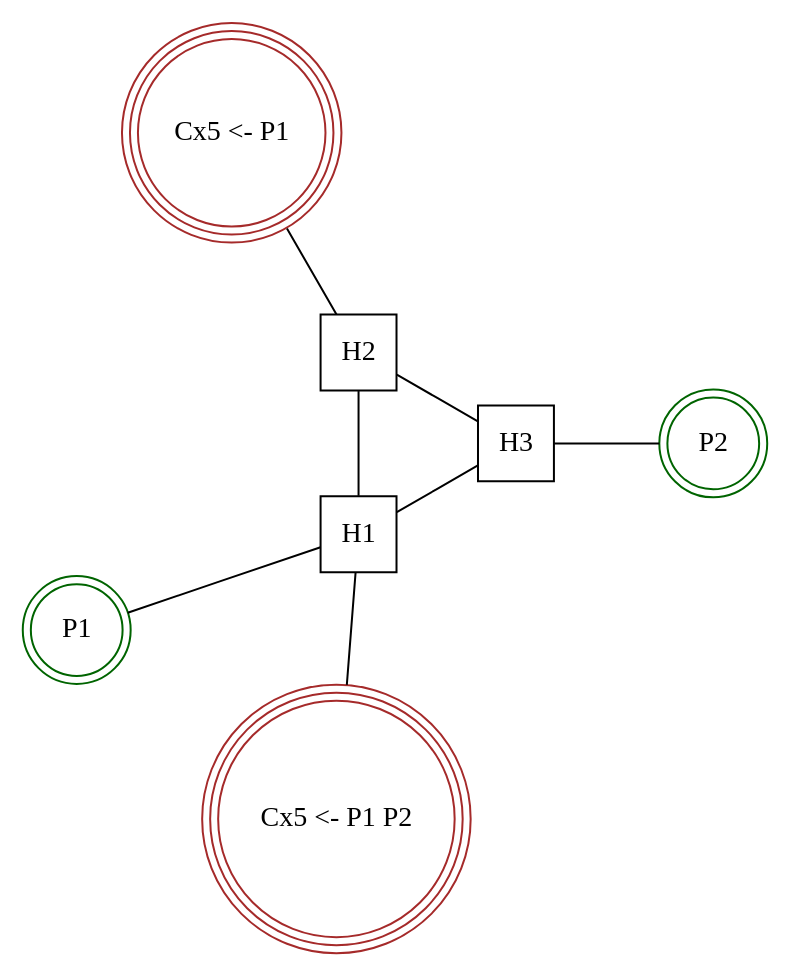
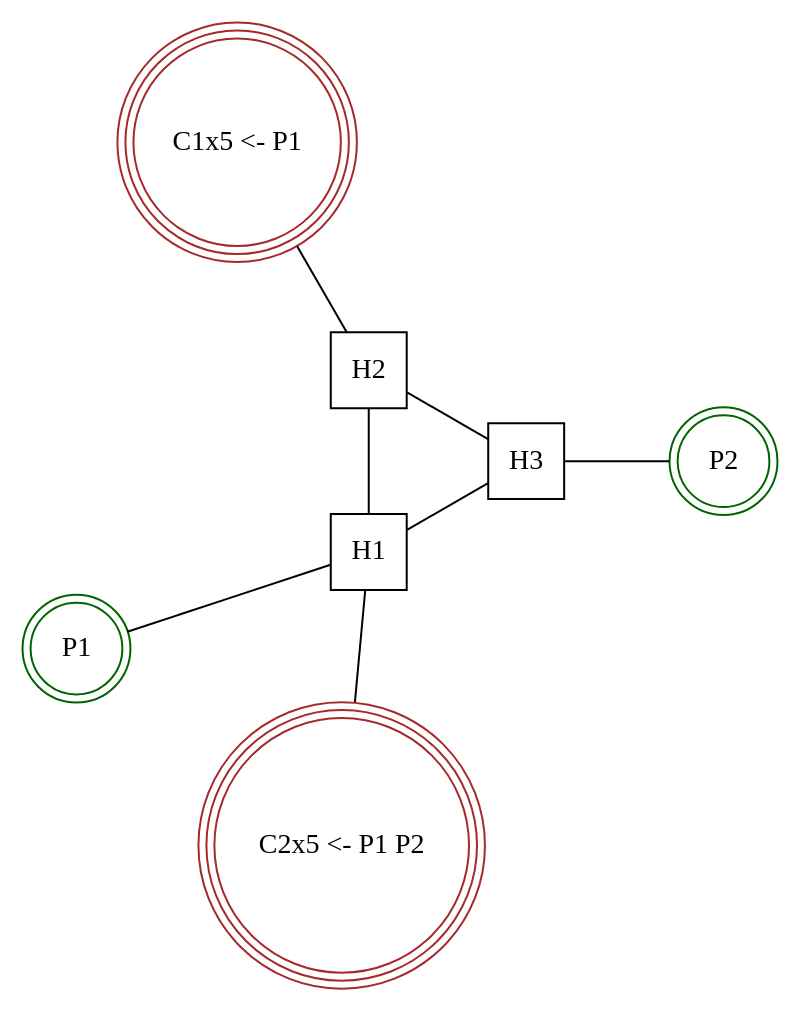
One commit to peetonn/scalability-tests changed the diagram in topology.dot. Above: the diagram before and after it, drawn with Graphviz. The commit also changed 3 other files, not shown here.

```diff
--- a/topology.dot
+++ b/topology.dot
@@ -1,36 +1,36 @@
 digraph finite_state_machine {
 	layout="circo"
 	edge [ arrowhead=none ];
 
 	subgraph hubs { // all hubs should be listed here
 		// hub nodes should follow format H + index 
 		rank=min
 		node [shape = square];
 		H1; H2; H3;
 		
 		H2 -> H1
 		H3 -> H1
 		H3 -> H2
 	}
 
 	subgraph producers { // all producers are listed here
 		// producer nodes should follow format P + index
 		node [shape = doublecircle, color = darkgreen, rank = 2];
 		P1; P2;
 
 		P1 -> H1
 		P2 -> H3
 	}
 
 	subgraph consumers { // all consumer clusters are lister here
 		// consumer cluster nodes should follow format C + index
 		// the label for consumer cluster should follow format:
 		// 		Cx<number of consumers> <- <producer id> [<producer id>, ...]
 		node [shape = circle, peripheries=3, color = brown, width=1];
-		C1 [label = "Cx5 <- P1"]
-		C2 [label = "Cx5 <- P1 P2"]
+		C1 [label = "C1x5 <- P1"]
+		C2 [label = "C2x5 <- P1 P2"]
 
 		C1 -> H2 
 		C2 -> H1 
 	}
 }
```
